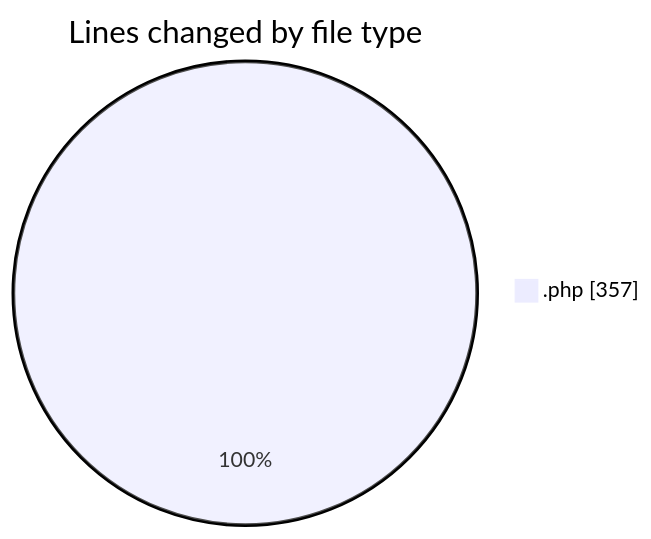
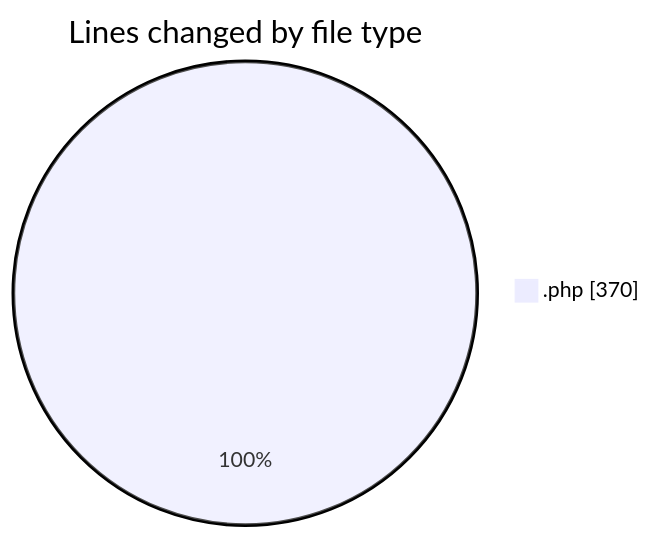
Before and after one commit to idhammustaqopulfikri/code-tracking: the first of 2 diagrams in 2025-06-20/studio-backend/README.md, drawn with Mermaid. The commit also changed other lines of this file and 1 other file, not shown here.

````diff
--- a/2025-06-20/studio-backend/README.md
+++ b/2025-06-20/studio-backend/README.md
@@ -20,5 +20,5 @@
 ```mermaid
 pie showData
 title Lines changed by file type
-".php" : 357
+".php" : 370
 ```
````
